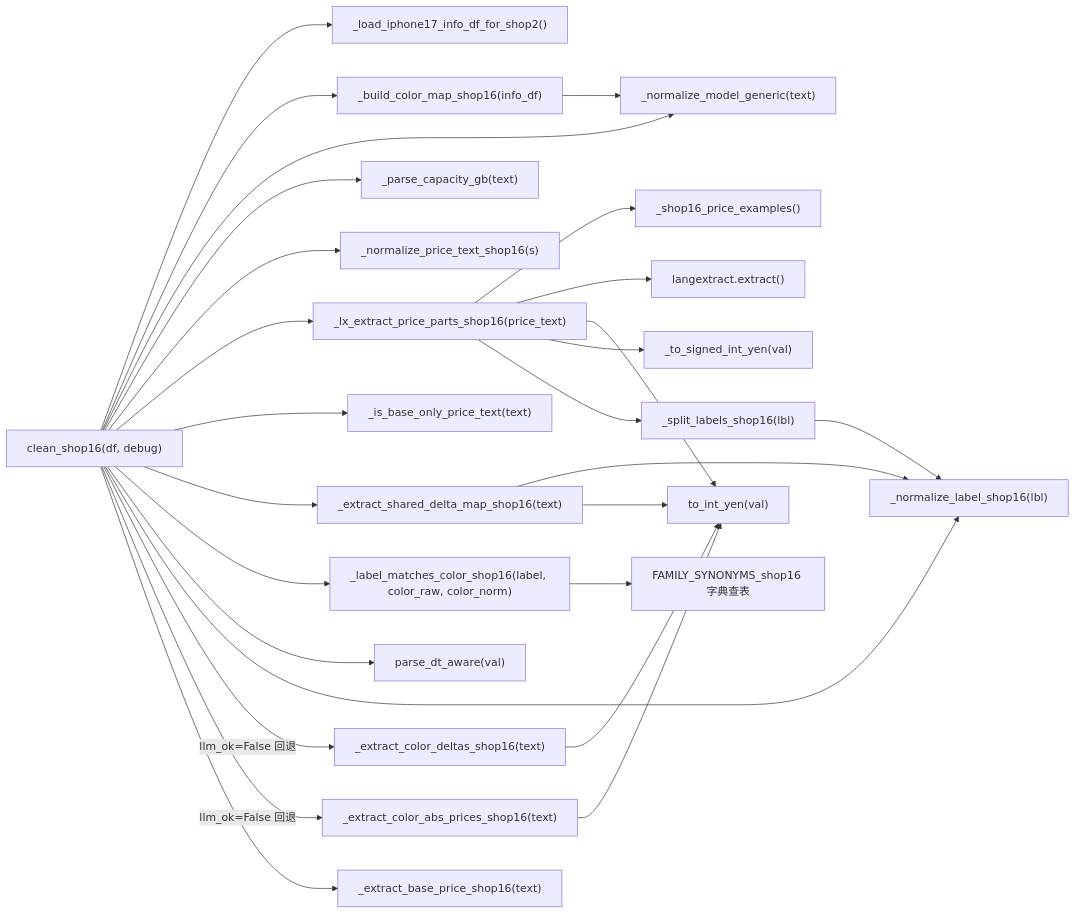
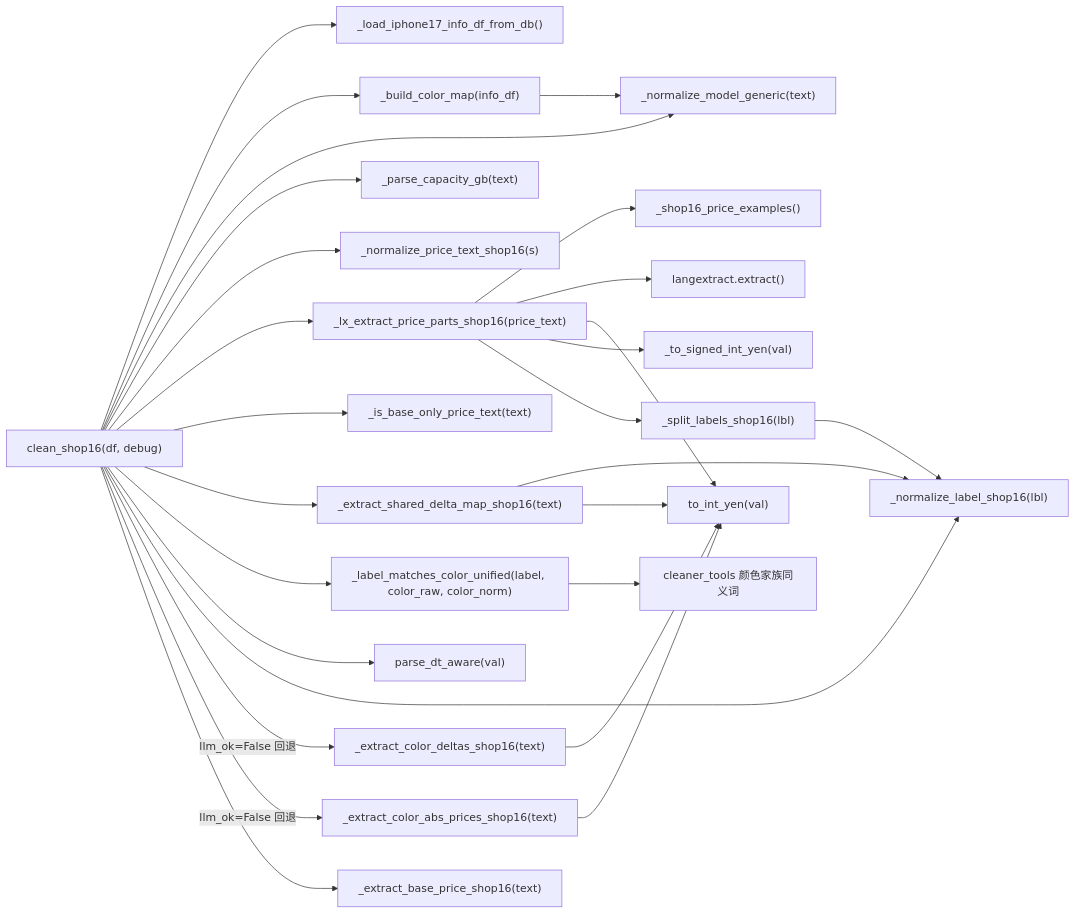
The second of 12 diagrams in doc_shop/shop16_cleaner.md (zhujiansamuel/YamagotiProjects), drawn with Mermaid before and after one commit. The commit also changed other lines of this file and 44 other files, not shown here.

````diff
--- a/doc_shop/shop16_cleaner.md
+++ b/doc_shop/shop16_cleaner.md
@@ -64,35 +64,35 @@
 ```mermaid
 flowchart LR
     clean["clean_shop16(df, debug)"]
 
-    clean --> load["_load_iphone17_info_df_for_shop2()"]
-    clean --> buildcm["_build_color_map_shop16(info_df)"]
+    clean --> load["_load_iphone17_info_df_from_db()"]
+    clean --> buildcm["_build_color_map(info_df)"]
     clean --> normmod["_normalize_model_generic(text)"]
     clean --> parsecap["_parse_capacity_gb(text)"]
     clean --> normprice["_normalize_price_text_shop16(s)"]
     clean --> lxextract["_lx_extract_price_parts_shop16(price_text)"]
     clean --> baseonly["_is_base_only_price_text(text)"]
     clean --> shareddelta["_extract_shared_delta_map_shop16(text)"]
-    clean --> labelmatch["_label_matches_color_shop16(label, color_raw, color_norm)"]
+    clean --> labelmatch["_label_matches_color_unified(label, color_raw, color_norm)"]
     clean --> parsedt["parse_dt_aware(val)"]
     clean --> normlbl["_normalize_label_shop16(lbl)"]
 
     lxextract --> examples["_shop16_price_examples()"]
     lxextract --> lxlib["langextract.extract()"]
     lxextract --> toint["to_int_yen(val)"]
     lxextract --> tosigned["_to_signed_int_yen(val)"]
     lxextract --> splitlbl["_split_labels_shop16(lbl)"]
 
     clean -->|"llm_ok=False 回退"| regexdelta["_extract_color_deltas_shop16(text)"]
     clean -->|"llm_ok=False 回退"| regexabs["_extract_color_abs_prices_shop16(text)"]
     clean --> baseprice["_extract_base_price_shop16(text)"]
 
     regexdelta --> toint
     regexabs --> toint
     shareddelta --> normlbl
     shareddelta --> toint
 
     buildcm --> normmod
-    labelmatch --> familysyn["FAMILY_SYNONYMS_shop16 字典查表"]
+    labelmatch --> familysyn["cleaner_tools 颜色家族同义词"]
     splitlbl --> normlbl
 ```
````
